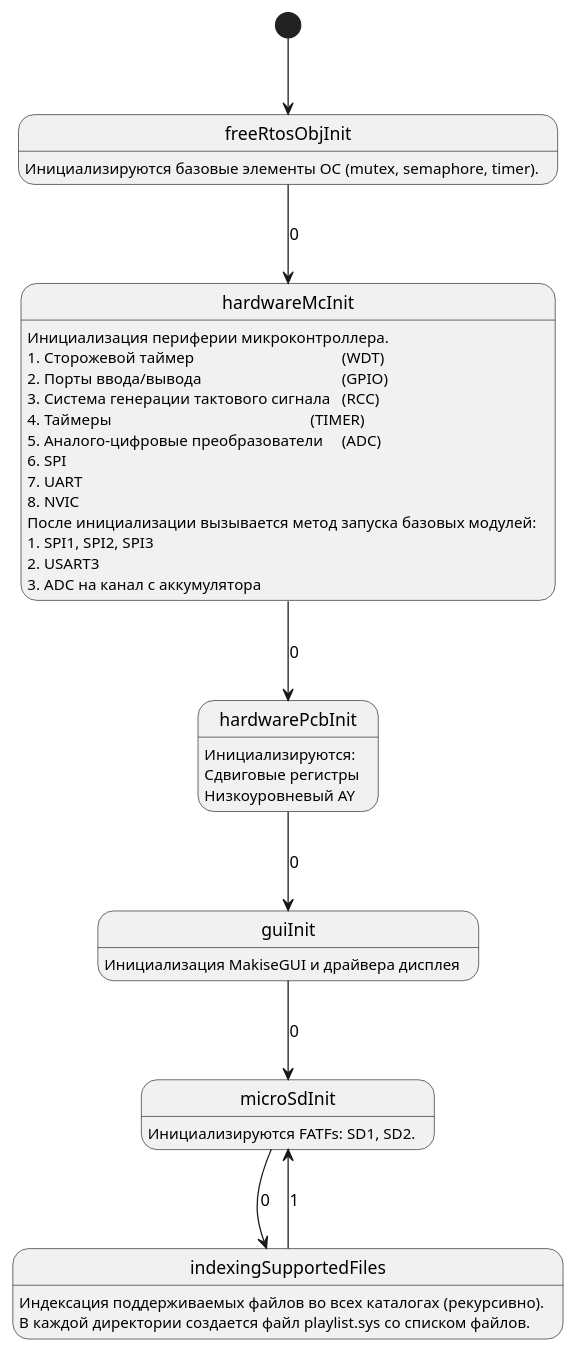
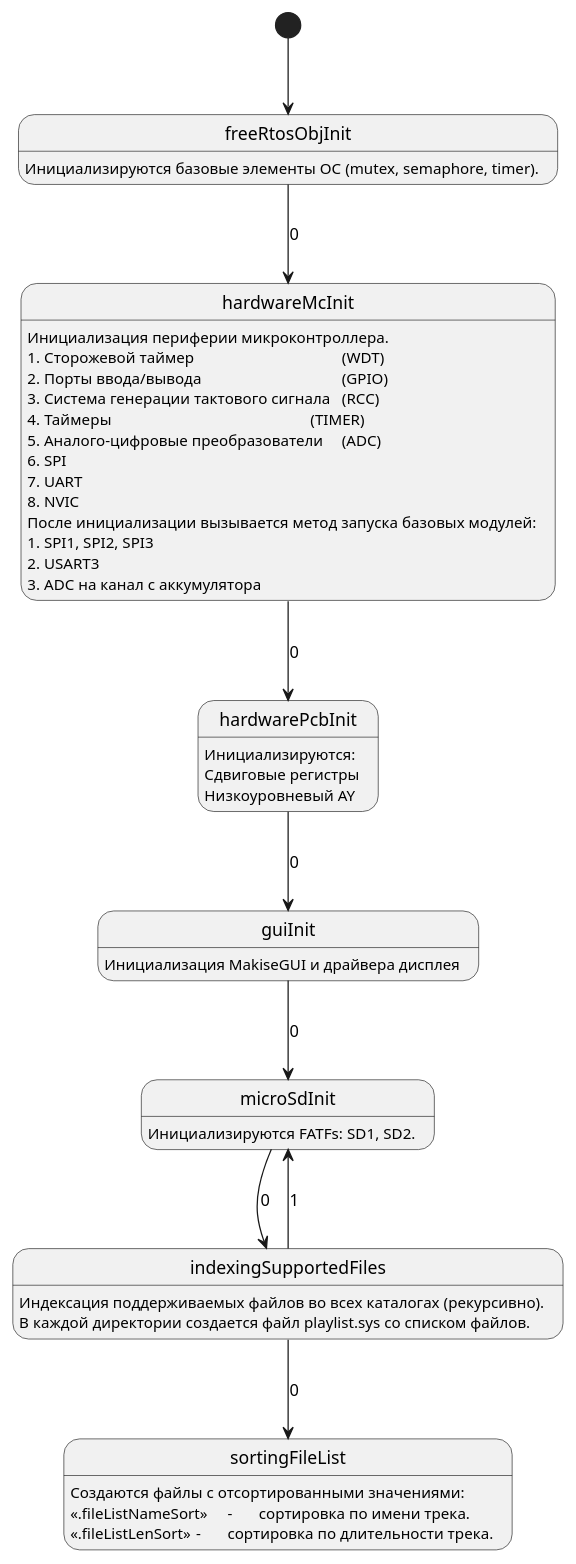
Before and after one commit to Vadimatorik/ChiptunePlayer-2.22: the diagram in user_code/fsm/tree/ayplayer_init_fsm.pu, drawn with PlantUML. The commit also changed 14 other files, not shown here.

```diff
--- a/user_code/fsm/tree/ayplayer_init_fsm.pu
+++ b/user_code/fsm/tree/ayplayer_init_fsm.pu
@@ -4,56 +4,63 @@
 @startuml
 
 [*] --> s0
 
 state "freeRtosObjInit" as s0 {
 s0:Инициализируются базовые элементы ОС (mutex, semaphore, timer).
 }
 
 s0 --> s1								: 0
 
 state "hardwareMcInit" as s1 {
 s1: Инициализация периферии микроконтроллера.
 s1:1. Сторожевой таймер\t\t\t\t\t(WDT)
 s1:2. Порты ввода/вывода\t\t\t\t\t(GPIO)
 s1:3. Система генерации тактового сигнала\t(RCC)
 s1:4. Таймеры\t\t\t\t\t\t\t(TIMER)
 s1:5. Аналого-цифровые преобразователи\t(ADC)
 s1:6. SPI
 s1:7. UART
 s1:8. NVIC
 s1:После инициализации вызывается метод запуска базовых модулей:
 s1:1. SPI1, SPI2, SPI3
 s1:2. USART3
 s1:3. ADC на канал с аккумулятора
 }
 
 s1 --> s2								: 0
 
 state "hardwarePcbInit" as s2 {
 s2:Инициализируются:
 s2:Сдвиговые регистры
 s2:Низкоуровневый AY
 }
 
 s2 --> s3								: 0
 
 state "guiInit" as s3 {
 s3:Инициализация MakiseGUI и драйвера дисплея
 }
 
 s3 --> s4								: 0
 
 state "microSdInit" as s4 {
 s4:Инициализируются FATFs: SD1, SD2.
 }
 
 s4 --> s5								: 0
 
 state "indexingSupportedFiles" as s5 {
 s5:Индексация поддерживаемых файлов во всех каталогах (рекурсивно).
 s5:В каждой директории создается файл playlist.sys со списком файлов.
 }
 
+s5 --> s6								: 0
 s5 --> s4								: 1
 
+state "sortingFileList" as s6 {
+s6:Создаются файлы с отсортированными значениями:
+s6:<<.fileListNameSort>>\t-\tсортировка по имени трека.
+s6:<<.fileListLenSort>>\t-\tсортировка по длительности трека.
+}
+
 @enduml
```
